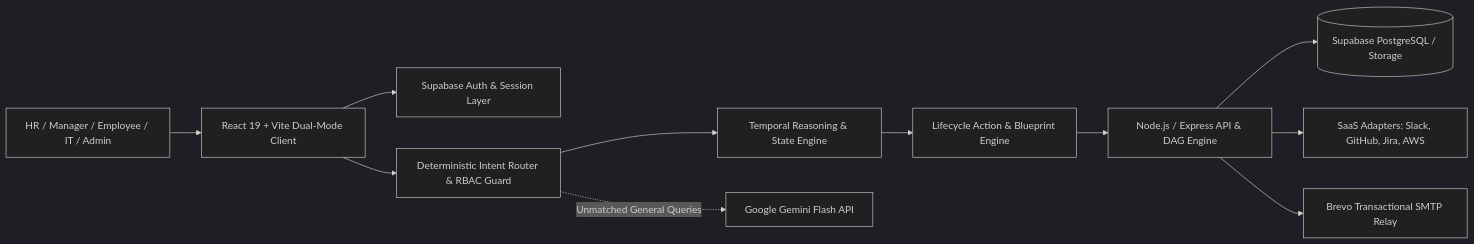
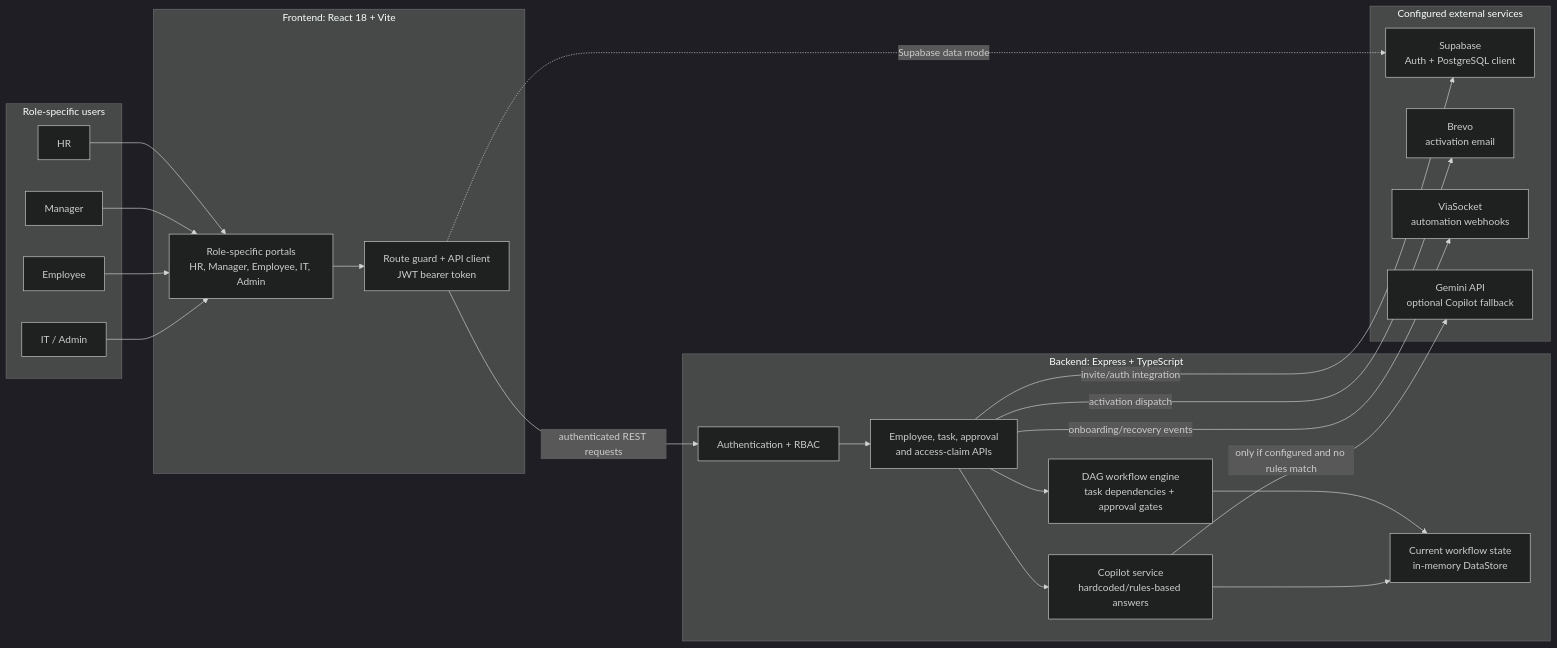
The diagram in JUDGING_REPORT.md (Somil-Jain24/OnboardOS), drawn with Mermaid (dark theme) before and after one commit. The commit also changed 14 other files, not shown here.

Commit message:
feat(ai): add welcome email approval flow with credentials and Supabase SMTP integration

````diff
--- a/JUDGING_REPORT.md
+++ b/JUDGING_REPORT.md
@@ -21,13 +21,46 @@
 ```mermaid
 flowchart LR
-    User[HR / Manager / Employee / IT / Admin] --> Frontend[React 19 + Vite Dual-Mode Client]
-    Frontend --> Auth[Supabase Auth & Session Layer]
-    Frontend --> Router[Deterministic Intent Router & RBAC Guard]
-    Router --> Temporal[Temporal Reasoning & State Engine]
-    Temporal --> Lifecycle[Lifecycle Action & Blueprint Engine]
-    Lifecycle --> Backend[Node.js / Express API & DAG Engine]
-    Backend --> DB[(Supabase PostgreSQL / Storage)]
-    Backend --> Adapters[SaaS Adapters: Slack, GitHub, Jira, AWS]
-    Backend --> Email[Brevo Transactional SMTP Relay]
-    Router -.->|Unmatched General Queries| Gemini[Google Gemini Flash API]
+    subgraph Users[Role-specific users]
+        HR[HR]
+        MG[Manager]
+        EM[Employee]
+        IT[IT / Admin]
+    end
+
+    subgraph Frontend[Frontend: React 18 + Vite]
+        Portals[Role-specific portals<br/>HR, Manager, Employee, IT, Admin]
+        Guard[Route guard + API client<br/>JWT bearer token]
+    end
+
+    subgraph Backend[Backend: Express + TypeScript]
+        Auth[Authentication + RBAC]
+        APIs[Employee, task, approval<br/>and access-claim APIs]
+        Engine[DAG workflow engine<br/>task dependencies + approval gates]
+        Copilot[Copilot service<br/>hardcoded/rules-based answers]
+        Store[Current workflow state<br/>in-memory DataStore]
+    end
+
+    subgraph External[Configured external services]
+        SB[Supabase<br/>Auth + PostgreSQL client]
+        BR[Brevo<br/>activation email]
+        VS[ViaSocket<br/>automation webhooks]
+        GM[Gemini API<br/>optional Copilot fallback]
+    end
+
+    HR --> Portals
+    MG --> Portals
+    EM --> Portals
+    IT --> Portals
+    Portals --> Guard
+    Guard -->|authenticated REST requests| Auth
+    Auth --> APIs
+    APIs --> Engine
+    APIs --> Copilot
+    Engine --> Store
+    Copilot --> Store
+    APIs -->|invite/auth integration| SB
+    Guard -.->|Supabase data mode| SB
+    APIs -->|activation dispatch| BR
+    APIs -->|onboarding/recovery events| VS
+    Copilot -->|only if configured and no rules match| GM
 ```
````
